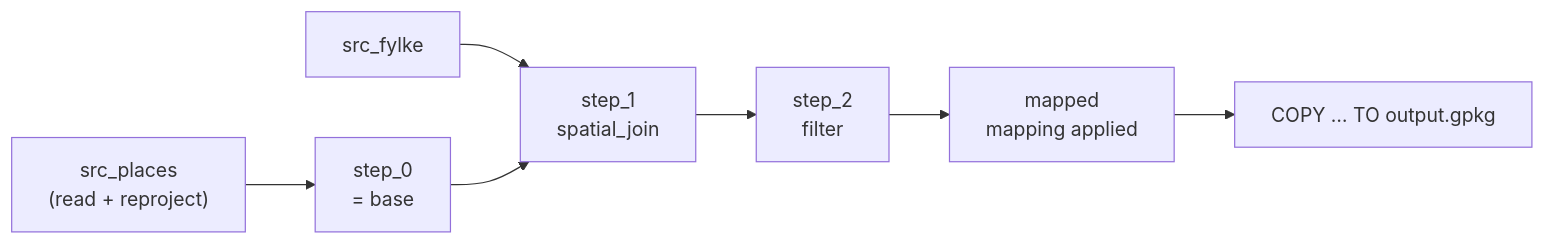
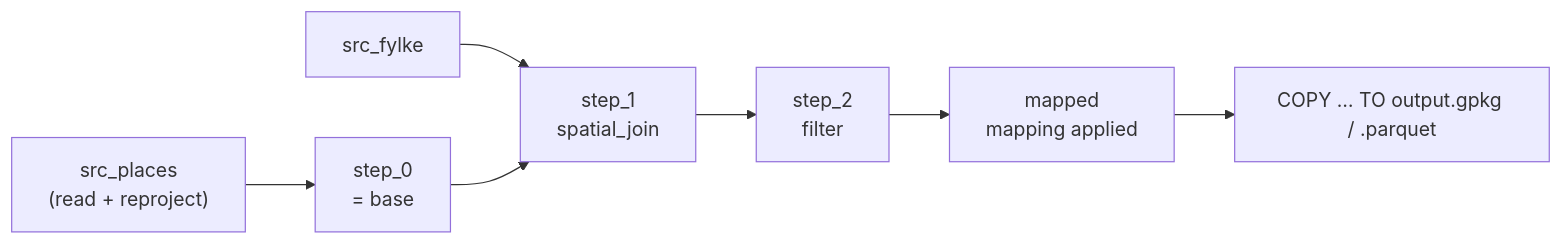
Before and after one commit to henrik716/duck-soup: the second of 2 diagrams in docs/concepts.md, drawn with Mermaid. The commit also changed other lines of this file and 23 other files, not shown here.

First line of the commit message:
Add GeoParquet output, bump to 0.1.10

````diff
--- a/docs/concepts.md
+++ b/docs/concepts.md
@@ -135,9 +136,9 @@
 ```mermaid
 flowchart LR
     A["src_places<br/>(read + reproject)"] --> S0[step_0<br/>= base]
     B["src_fylke"] --> S1
     S0 --> S1[step_1<br/>spatial_join]
     S1 --> S2[step_2<br/>filter]
     S2 --> M[mapped<br/>mapping applied]
-    M --> W["COPY … TO output.gpkg"]
+    M --> W["COPY … TO output.gpkg / .parquet"]
 ```
````
